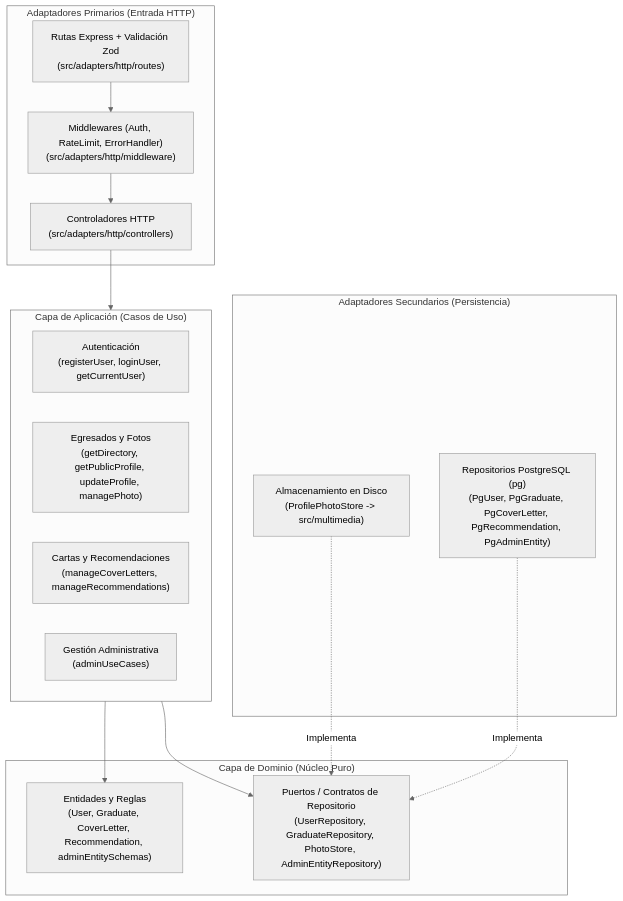
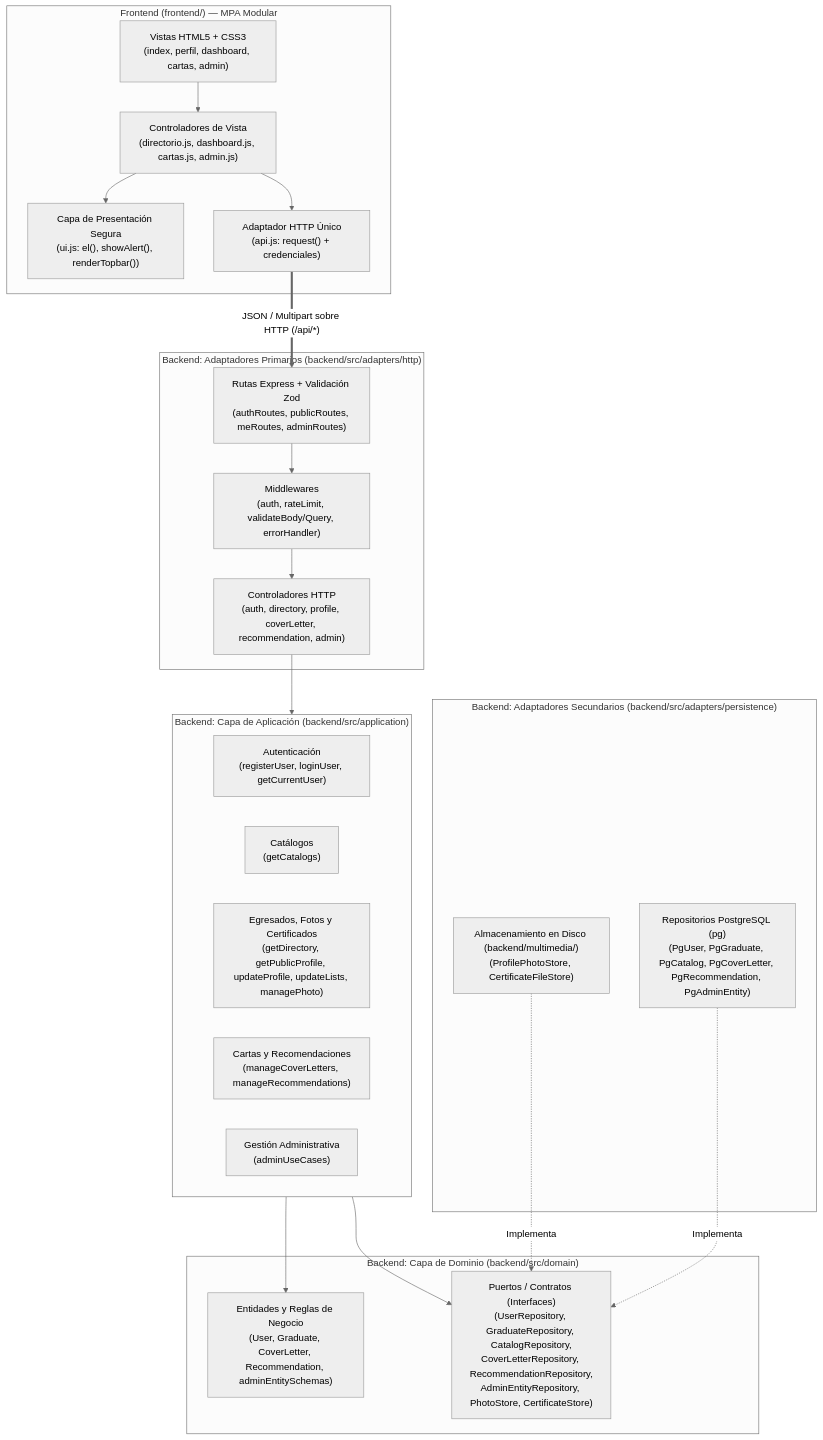
The diagram in docs/ARQUITECTURA_Y_ESTRUCTURA.md (diegogarciapablo/reg_egresados), drawn with Mermaid (neutral theme) before and after one commit. The commit also changed other lines of this file and 107 other files, not shown here.

Commit message:
feat: separar backend/frontend, agregar certificados y config VPS

````diff
--- a/docs/ARQUITECTURA_Y_ESTRUCTURA.md
+++ b/docs/ARQUITECTURA_Y_ESTRUCTURA.md
@@ -7,32 +12,44 @@
 ```mermaid
 flowchart TB
-  subgraph Entrada["Adaptadores Primarios (Entrada HTTP)"]
-    Routes["Rutas Express + Validación Zod\n(src/adapters/http/routes)"]
-    Middleware["Middlewares (Auth, RateLimit, ErrorHandler)\n(src/adapters/http/middleware)"]
-    Controllers["Controladores HTTP\n(src/adapters/http/controllers)"]
+  subgraph Cliente["Frontend (frontend/) — MPA Modular"]
+    HTML["Vistas HTML5 + CSS3\n(index, perfil, dashboard, cartas, admin)"]
+    ViewCtrl["Controladores de Vista\n(directorio.js, dashboard.js, cartas.js, admin.js)"]
+    UIHelper["Capa de Presentación Segura\n(ui.js: el(), showAlert(), renderTopbar())"]
+    ApiClient["Adaptador HTTP Único\n(api.js: request() + credenciales)"]
   end
 
-  subgraph Aplicacion["Capa de Aplicación (Casos de Uso)"]
+  subgraph Entrada["Backend: Adaptadores Primarios (backend/src/adapters/http)"]
+    Routes["Rutas Express + Validación Zod\n(authRoutes, publicRoutes, meRoutes, adminRoutes)"]
+    Middleware["Middlewares\n(auth, rateLimit, validateBody/Query, errorHandler)"]
+    Controllers["Controladores HTTP\n(auth, directory, profile, coverLetter, recommendation, admin)"]
+  end
+
+  subgraph Aplicacion["Backend: Capa de Aplicación (backend/src/application)"]
     AuthUC["Autenticación\n(registerUser, loginUser, getCurrentUser)"]
-    GradUC["Egresados y Fotos\n(getDirectory, getPublicProfile, updateProfile, managePhoto)"]
+    CatalogUC["Catálogos\n(getCatalogs)"]
+    GradUC["Egresados, Fotos y Certificados\n(getDirectory, getPublicProfile, updateProfile, updateLists, managePhoto)"]
     LetterUC["Cartas y Recomendaciones\n(manageCoverLetters, manageRecommendations)"]
     AdminUC["Gestión Administrativa\n(adminUseCases)"]
   end
 
-  subgraph Dominio["Capa de Dominio (Núcleo Puro)"]
-    Entities["Entidades y Reglas\n(User, Graduate, CoverLetter, Recommendation, adminEntitySchemas)"]
-    Ports["Puertos / Contratos de Repositorio\n(UserRepository, GraduateRepository, PhotoStore, AdminEntityRepository)"]
+  subgraph Dominio["Backend: Capa de Dominio (backend/src/domain)"]
+    Entities["Entidades y Reglas de Negocio\n(User, Graduate, CoverLetter, Recommendation, adminEntitySchemas)"]
+    Ports["Puertos / Contratos (Interfaces)\n(UserRepository, GraduateRepository, CatalogRepository,\nCoverLetterRepository, RecommendationRepository,\nAdminEntityRepository, PhotoStore, CertificateStore)"]
   end
 
-  subgraph Salida["Adaptadores Secundarios (Persistencia)"]
-    PgRepos["Repositorios PostgreSQL (pg)\n(PgUser, PgGraduate, PgCoverLetter, PgRecommendation, PgAdminEntity)"]
-    FSStore["Almacenamiento en Disco\n(ProfilePhotoStore -> src/multimedia)"]
+  subgraph Salida["Backend: Adaptadores Secundarios (backend/src/adapters/persistence)"]
+    PgRepos["Repositorios PostgreSQL (pg)\n(PgUser, PgGraduate, PgCatalog, PgCoverLetter, PgRecommendation, PgAdminEntity)"]
+    FSStore["Almacenamiento en Disco (backend/multimedia/<nombre-usuario>)\n(ProfilePhotoStore, CertificateFileStore)"]
   end
 
+  HTML --> ViewCtrl
+  ViewCtrl --> UIHelper
+  ViewCtrl --> ApiClient
+  ApiClient == "JSON / Multipart sobre HTTP (/api/*)" ==> Routes
   Routes --> Middleware --> Controllers
   Controllers --> Aplicacion
   Aplicacion --> Entities
   Aplicacion --> Ports
   PgRepos -. "Implementa" .-> Ports
   FSStore -. "Implementa" .-> Ports
 ```
````
